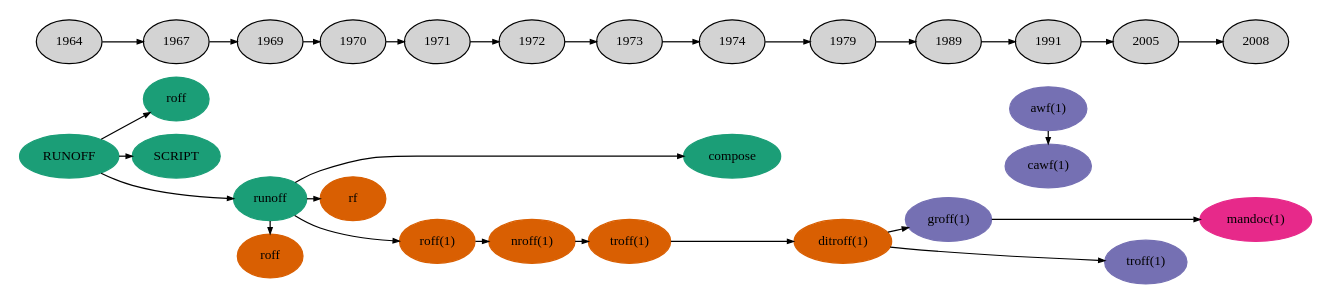
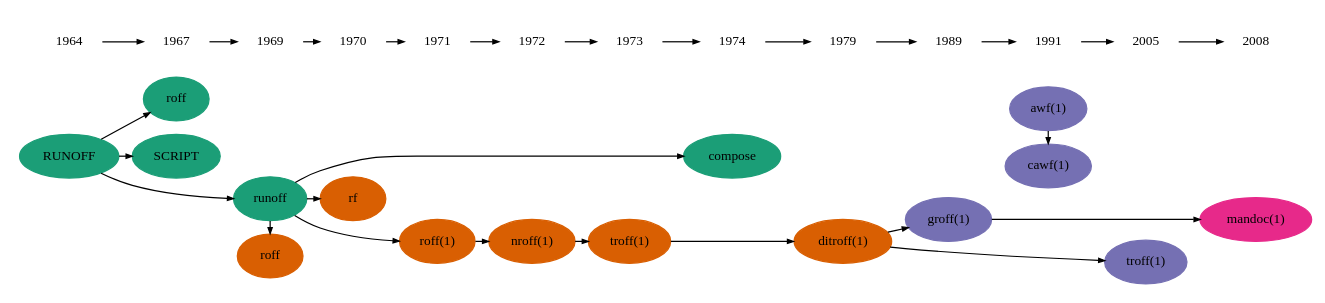
One commit to kristapsdz/manpages changed the diagram in history.dot. Above: the diagram before and after it, drawn with Graphviz. The commit also changed 1 other file, not shown here.

Commit message:
Small tweaks to graph (OpenBSD's graphviz puked on the timeline colours).

```diff
--- a/history.dot
+++ b/history.dot
@@ -1,72 +1,74 @@
 /*	$Id$ */
 digraph manpages {
 	rankdir=LR;
 	size="9,18";
 	ranksep=0.15;
 	nodesep=0.15;
 
 	node [shape=ellipse,fontsize=11,colorscheme=dark24,style=filled];
 	edge [arrowhead=normal,arrowsize=0.5];
 
 	subgraph { 
 		node [color=1];
 		runoff1 [label="RUNOFF" URL="#x1964_RUNOFF"];
 		runoff2 [label="roff" URL="#x1967_roff"];
 		script [label="SCRIPT" URL="#x1967_SCRIPT"];
 		runoff3 [label="runoff" URL="#x1969"]; 
 		compose [label="compose" URL="#x1974_compose"]; 
 	}
 
 	subgraph {
 		node [color=2];
 		rf [label="rf" URL="#x1970_rf"];
 		roff1 [label="roff(1)" URL="#x1971"];
 		roff2 [label="roff" URL="#x1969"];
 		nroff [label="nroff(1)" URL="#x1972"];
 		troff [label="troff(1)" URL="#x1973"];
 		ditroff [label="ditroff(1)" URL="#x1979"];
 	}
 
 	subgraph {
 		node [color=3];
 		groff [label="groff(1)" URL="#x1989_groff"];
 		awf [label="awf(1)" URL="#x1991_awf"];
 		cawf [label="cawf(1)" URL="#x1991_cawf"];
 		htroff [label="troff(1)" URL="#x2005_troff"];
 	}
 
 	subgraph {
 		node [color=4];
 		mandoc [label="mandoc(1)" URL="#x2008_mandoc"];
 	}
 
 	runoff1 -> { runoff2 runoff3 script };
 	runoff3 -> { roff1 compose rf roff2 };
 	roff1 -> nroff;
 	nroff -> troff;
 	troff -> ditroff;
 	ditroff -> groff;
 	ditroff -> htroff;
 	groff -> mandoc;
 	awf -> cawf;
 
+
 	subgraph {
+		node[colorscheme=x11,color=white];
 		1964 -> 1967 -> 1969 -> 1970 -> 1971 -> 1972 -> 
 		1973 -> 1974 -> 1979 -> 1989 -> 1991 -> 2005 -> 2008;
 	}
 
 	{ rank = same; 1964 runoff1 };
 	{ rank = same; 1967 script runoff2 };
 	{ rank = same; 1969 runoff3 roff2 };
 	{ rank = same; 1970 rf };
 	{ rank = same; 1971 roff1 };
 	{ rank = same; 1972 nroff };
 	{ rank = same; 1973 troff };
 	{ rank = same; 1974 compose };
 	{ rank = same; 1979 ditroff };
 	{ rank = same; 1989 groff };
 	{ rank = same; 1991 awf cawf };
 	{ rank = same; 2005 htroff };
 	{ rank = same; 2008 mandoc };
 
 }
```
